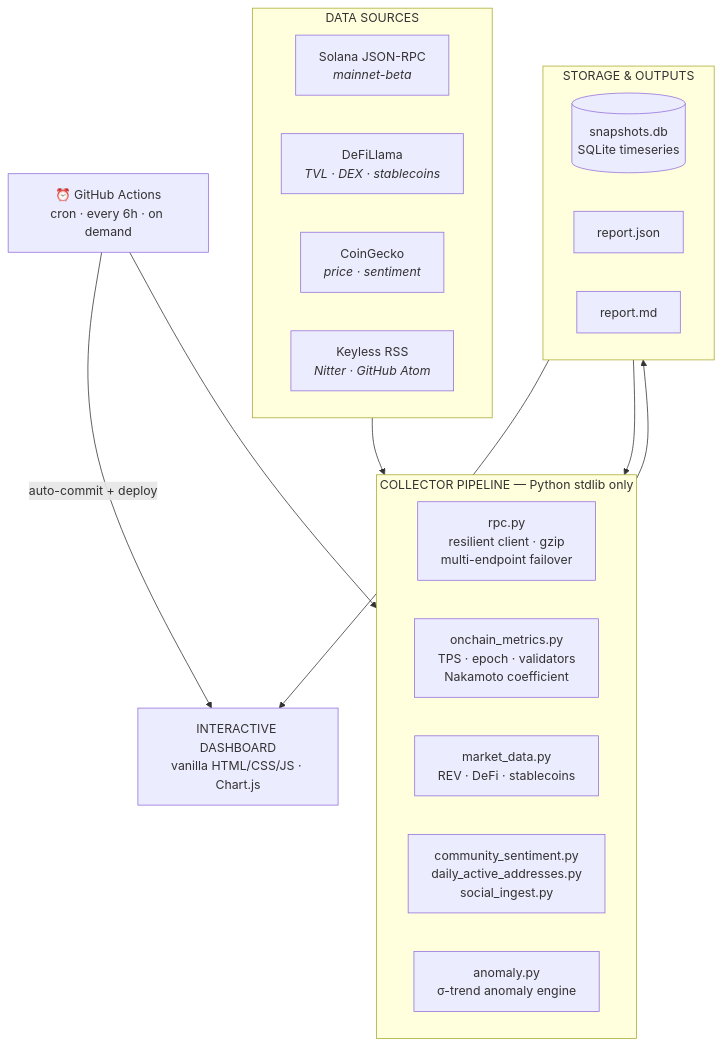
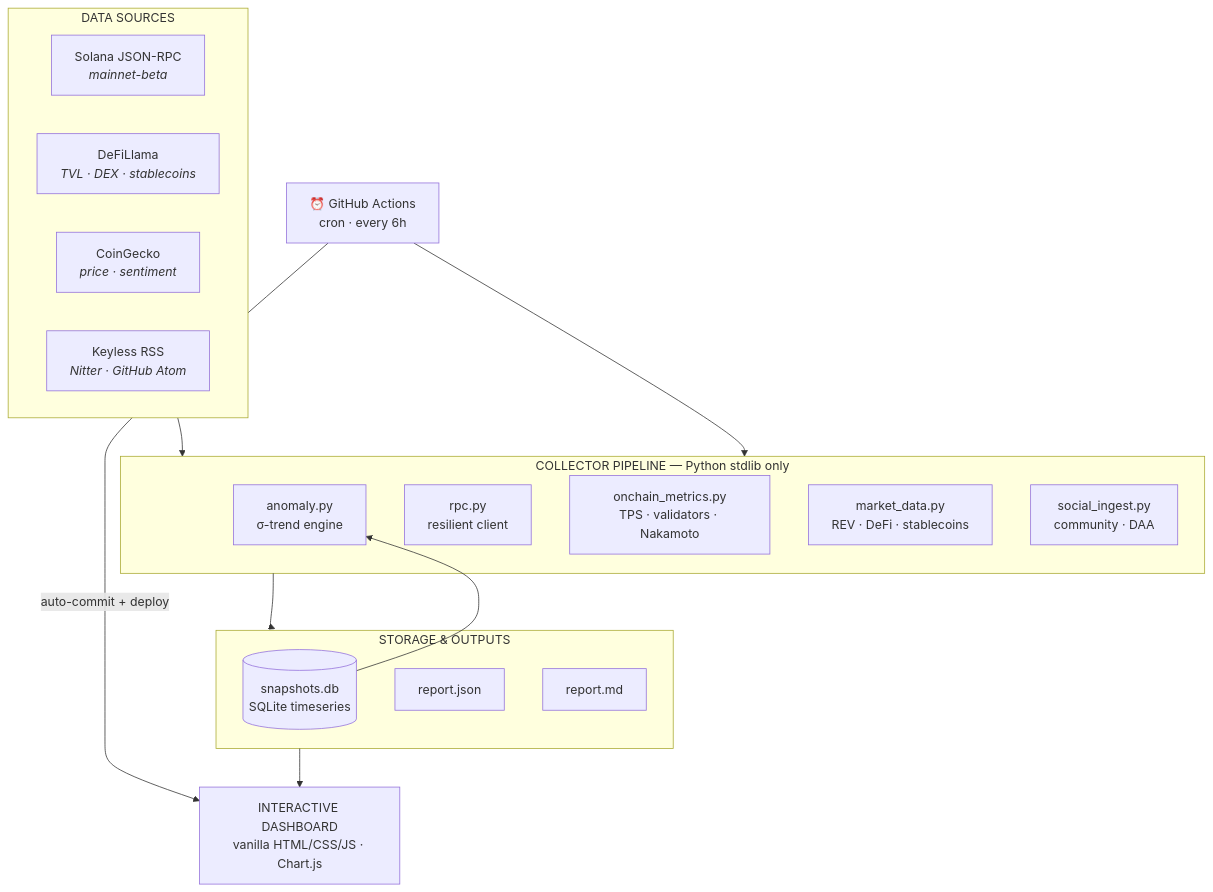
Before and after one commit to Edgywol/Solana_Ecosystem: the diagram in README.md, drawn with Mermaid.

Commit message:
fix(docs): make architecture mermaid mobile-responsive
Flowchart was TB with LR subgraphs -> 5-wide nodes
in pipeline forced horizontal scroll on phones and was
clipped/cut off in GitHub mobile rendering. Remove
direction LR so subgraphs inherit TB and stack vertically,
shorten node labels to reduce width, and hoist edges to
top for cleaner mobile layout.

````diff
--- a/README.md
+++ b/README.md
@@ -42,36 +42,32 @@
 ```mermaid
 flowchart TB
+    sources --> pipeline --> outputs
+    DB --> ANOMALY
+    outputs --> DASH
+    CRON --> pipeline
+    CRON -->|auto-commit + deploy| DASH
+
     subgraph sources["DATA SOURCES"]
-        direction LR
         RPC["Solana JSON-RPC<br/><i>mainnet-beta</i>"]
         LLAMA["DeFiLlama<br/><i>TVL · DEX · stablecoins</i>"]
         CG["CoinGecko<br/><i>price · sentiment</i>"]
         RSS["Keyless RSS<br/><i>Nitter · GitHub Atom</i>"]
     end
 
     subgraph pipeline["COLLECTOR PIPELINE — Python stdlib only"]
-        direction LR
-        RPCCLIENT["rpc.py<br/>resilient client · gzip<br/>multi-endpoint failover"]
-        ONCHAIN["onchain_metrics.py<br/>TPS · epoch · validators<br/>Nakamoto coefficient"]
+        RPCCLIENT["rpc.py<br/>resilient client"]
+        ONCHAIN["onchain_metrics.py<br/>TPS · validators · Nakamoto"]
         MARKET["market_data.py<br/>REV · DeFi · stablecoins"]
-        SOCIAL["community_sentiment.py<br/>daily_active_addresses.py<br/>social_ingest.py"]
-        ANOMALY["anomaly.py<br/>σ-trend anomaly engine"]
+        SOCIAL["social_ingest.py<br/>community · DAA"]
+        ANOMALY["anomaly.py<br/>σ-trend engine"]
     end
 
     subgraph outputs["STORAGE & OUTPUTS"]
-        direction LR
         DB[("snapshots.db<br/>SQLite timeseries")]
         JSON["report.json"]
         MD["report.md"]
     end
 
     DASH["INTERACTIVE DASHBOARD<br/>vanilla HTML/CSS/JS · Chart.js"]
-
-    CRON["⏰ GitHub Actions<br/>cron · every 6h · on demand"]
-
-    sources --> pipeline --> outputs
-    DB --> ANOMALY
-    outputs --> DASH
-    CRON --> pipeline
-    CRON -->|auto-commit + deploy| DASH
+    CRON["⏰ GitHub Actions<br/>cron · every 6h"]
 ```
````
